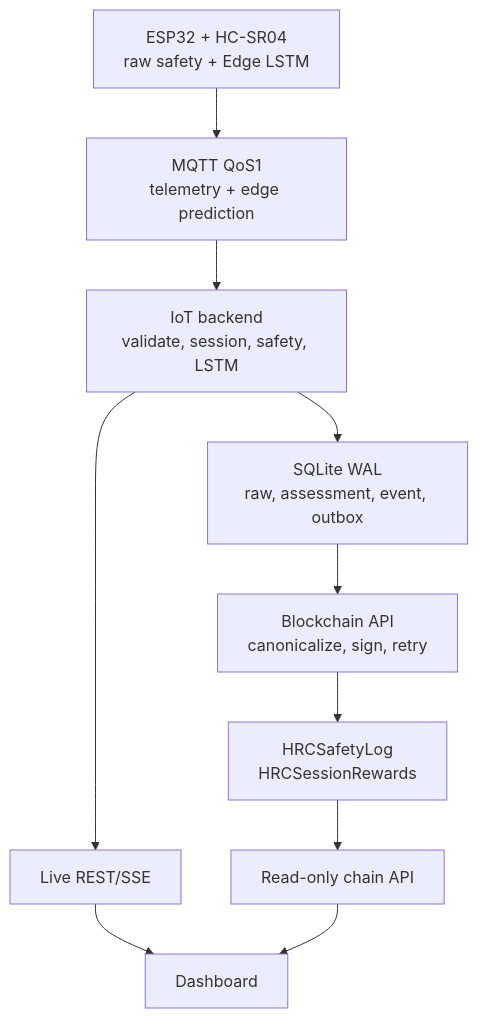
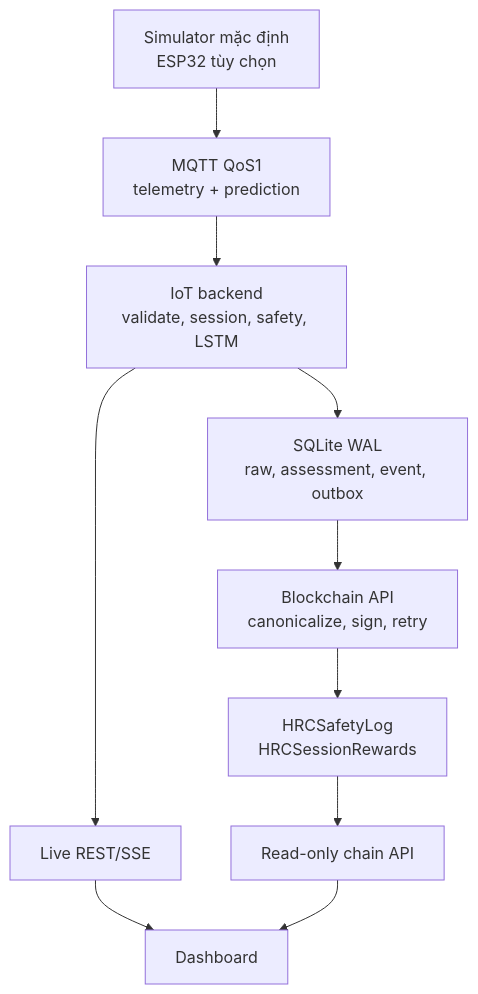
One commit to lucas-traumen/Blockchain-IoT changed the first of 2 diagrams in docs/product-ai-blockchain-dashboard-plan.md. Above: the diagram before and after it, drawn with Mermaid. The commit also changed other lines of this file, not shown here.

```diff
--- a/docs/product-ai-blockchain-dashboard-plan.md
+++ b/docs/product-ai-blockchain-dashboard-plan.md
@@ -156,12 +164,12 @@
 ~~~mermaid
 flowchart TD
-    A["ESP32 + HC-SR04<br/>raw safety + Edge LSTM"] --> B["MQTT QoS1<br/>telemetry + edge prediction"]
+    A["Simulator mặc định<br/>ESP32 tùy chọn"] --> B["MQTT QoS1<br/>telemetry + prediction"]
     B --> C["IoT backend<br/>validate, session, safety, LSTM"]
     C --> D["SQLite WAL<br/>raw, assessment, event, outbox"]
     D --> E["Blockchain API<br/>canonicalize, sign, retry"]
     E --> F["HRCSafetyLog<br/>HRCSessionRewards"]
     C --> G["Live REST/SSE"]
     F --> H["Read-only chain API"]
     G --> I["Dashboard"]
     H --> I
 ~~~
```
